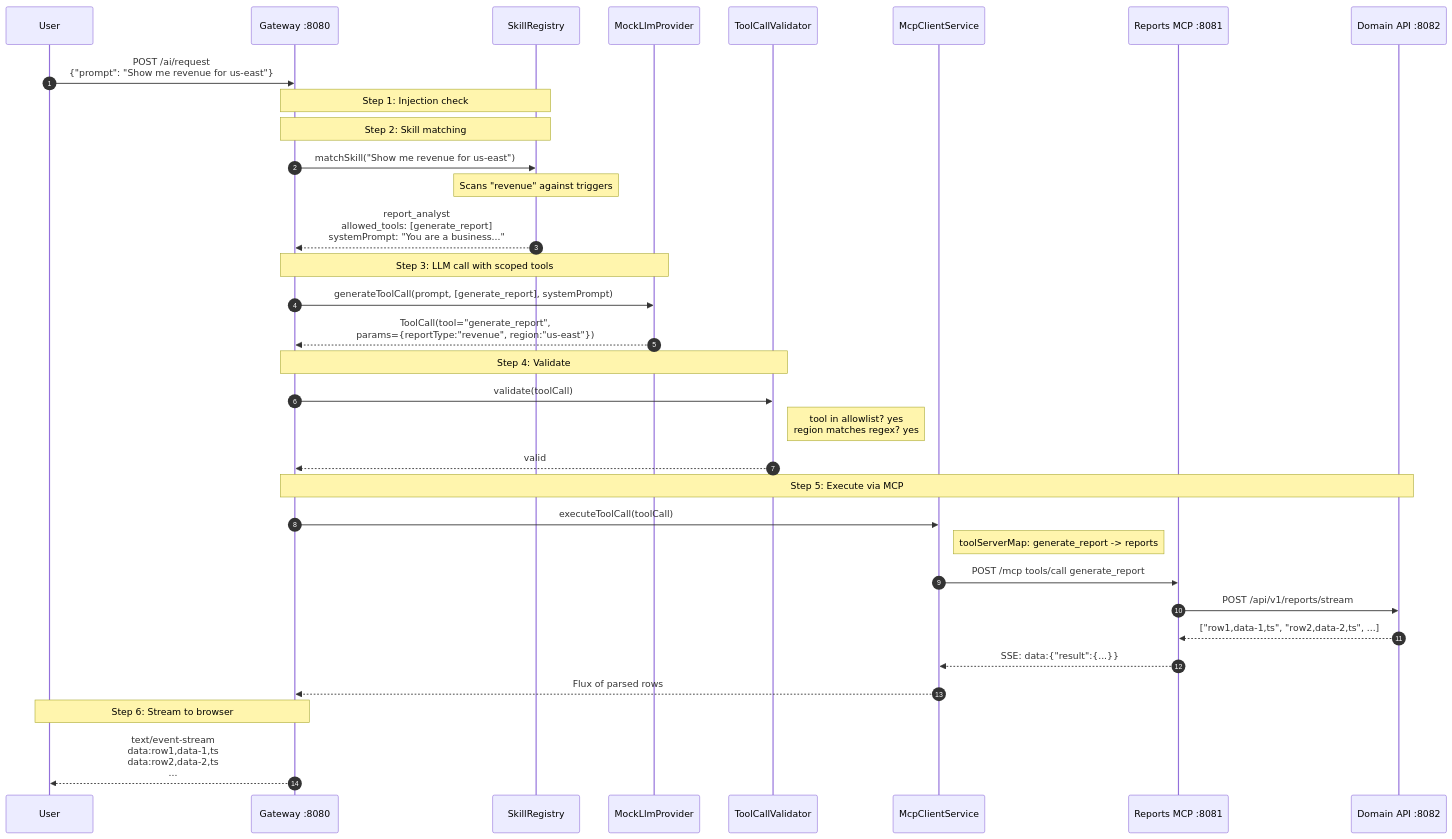
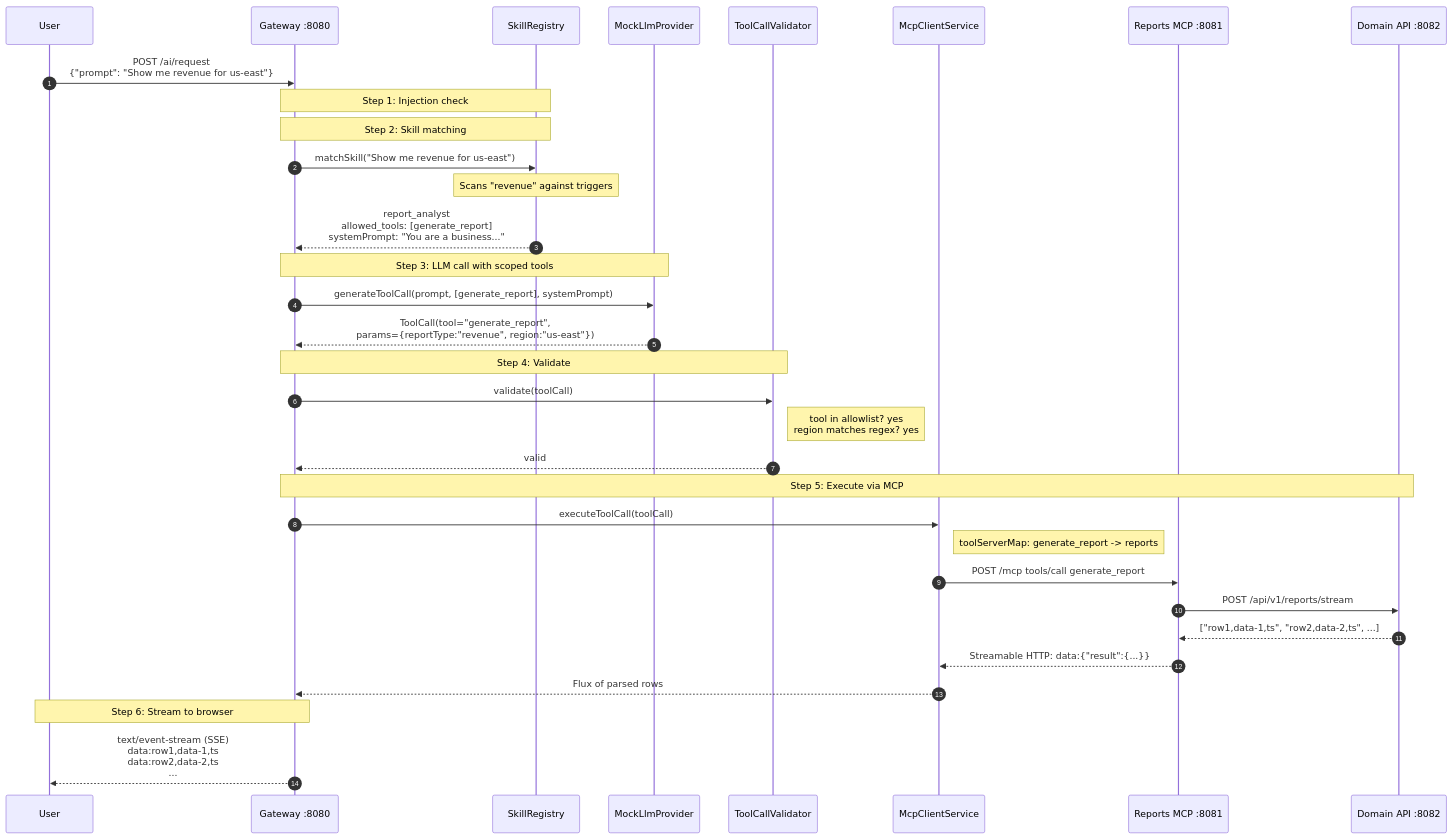
One commit to rajashashankmuppirala/mcp-poc changed the sixth of 16 diagrams in docs/ARCHITECTURE_V2.md. Above: the diagram before and after it, drawn with Mermaid. The commit also changed other lines of this file and 23 other files, not shown here.

````diff
--- a/docs/ARCHITECTURE_V2.md
+++ b/docs/ARCHITECTURE_V2.md
@@ -266,40 +266,40 @@
 ```mermaid
 sequenceDiagram
     autonumber
     participant User as User
     participant GW as Gateway :8080
     participant SR as SkillRegistry
     participant LLM as MockLlmProvider
     participant Val as ToolCallValidator
     participant MC as McpClientService
     participant RMCP as Reports MCP :8081
     participant DA as Domain API :8082
 
     User->>GW: POST /ai/request<br/>{"prompt": "Show me revenue for us-east"}
     Note over GW,SR: Step 1: Injection check
     Note over GW,SR: Step 2: Skill matching
     GW->>SR: matchSkill("Show me revenue for us-east")
     Note over SR: Scans "revenue" against triggers
     SR-->>GW: report_analyst<br/>allowed_tools: [generate_report]<br/>systemPrompt: "You are a business..."
 
     Note over GW,LLM: Step 3: LLM call with scoped tools
     GW->>LLM: generateToolCall(prompt, [generate_report], systemPrompt)
     LLM-->>GW: ToolCall(tool="generate_report",<br/>params={reportType:"revenue", region:"us-east"})
 
     Note over GW,Val: Step 4: Validate
     GW->>Val: validate(toolCall)
     Note right of Val: tool in allowlist? yes<br/>region matches regex? yes
     Val-->>GW: valid
 
     Note over GW,DA: Step 5: Execute via MCP
     GW->>MC: executeToolCall(toolCall)
     Note right of MC: toolServerMap: generate_report -> reports
     MC->>RMCP: POST /mcp tools/call generate_report
     RMCP->>DA: POST /api/v1/reports/stream
     DA-->>RMCP: ["row1,data-1,ts", "row2,data-2,ts", ...]
-    RMCP-->>MC: SSE: data:{"result":{...}}
+    RMCP-->>MC: Streamable HTTP: data:{"result":{...}}
     MC-->>GW: Flux of parsed rows
 
     Note over GW,User: Step 6: Stream to browser
-    GW-->>User: text/event-stream<br/>data:row1,data-1,ts<br/>data:row2,data-2,ts<br/>...
+    GW-->>User: text/event-stream (SSE)<br/>data:row1,data-1,ts<br/>data:row2,data-2,ts<br/>...
 ```
````
